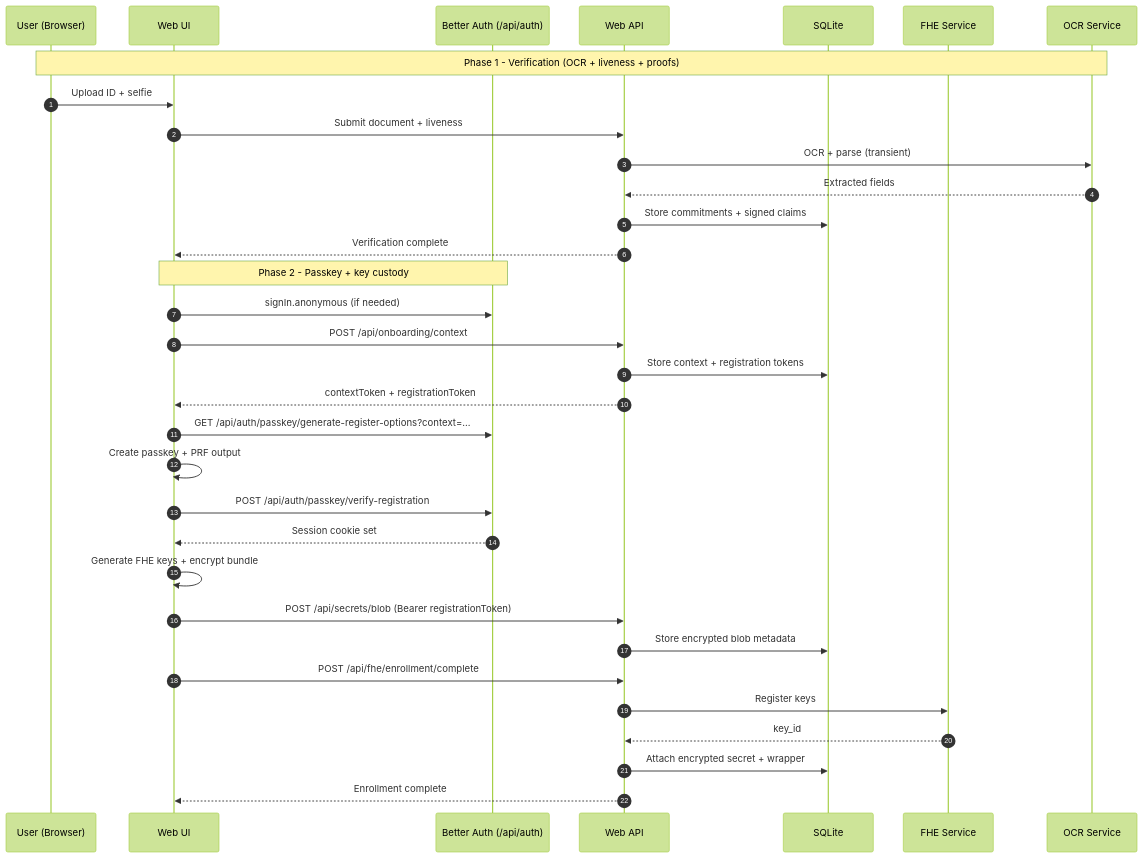
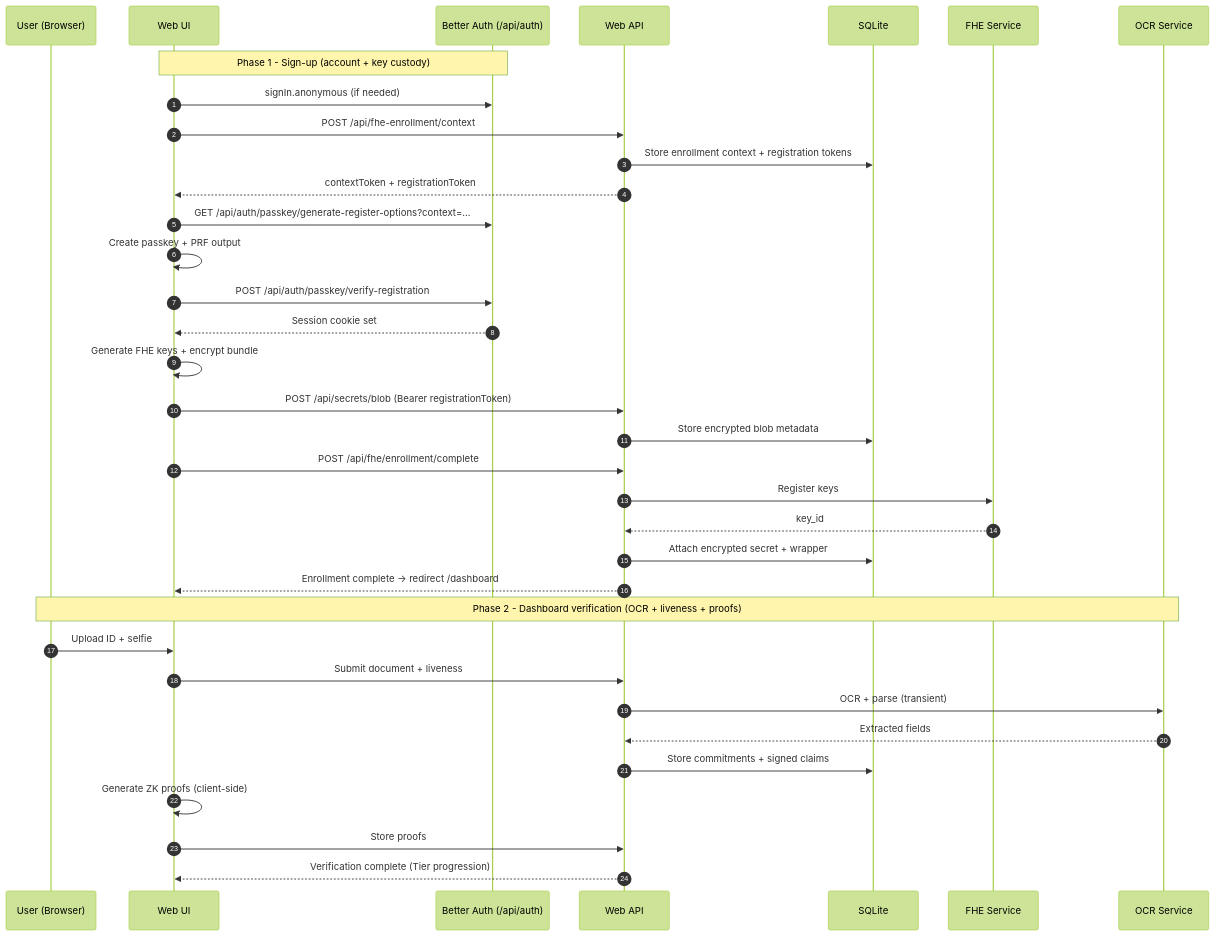
One commit to gustavovalverde/zentity changed the second of 3 diagrams in docs/architecture.md. Above: the diagram before and after it, drawn with Mermaid (forest theme). The commit also changed other lines of this file and 199 other files, not shown here.

First line of the commit message:
refactor(web): decouple sign-up from verification with progressive assurance levels

````diff
--- a/docs/architecture.md
+++ b/docs/architecture.md
@@ -139,40 +139,42 @@
 ```mermaid
 sequenceDiagram
   autonumber
   participant U as User (Browser)
   participant UI as Web UI
   participant AUTH as Better Auth (/api/auth)
   participant API as Web API
   participant DB as SQLite
   participant FHE as FHE Service
   participant OCR as OCR Service
 
-  Note over U,OCR: Phase 1 - Verification (OCR + liveness + proofs)
-  U->>UI: Upload ID + selfie
-  UI->>API: Submit document + liveness
-  API->>OCR: OCR + parse (transient)
-  OCR-->>API: Extracted fields
-  API->>DB: Store commitments + signed claims
-  API-->>UI: Verification complete
-
-  Note over UI,AUTH: Phase 2 - Passkey + key custody
+  Note over UI,AUTH: Phase 1 - Sign-up (account + key custody)
   UI->>AUTH: signIn.anonymous (if needed)
-  UI->>API: POST /api/onboarding/context
-  API->>DB: Store context + registration tokens
+  UI->>API: POST /api/fhe-enrollment/context
+  API->>DB: Store enrollment context + registration tokens
   API-->>UI: contextToken + registrationToken
 
   UI->>AUTH: GET /api/auth/passkey/generate-register-options?context=...
   UI->>UI: Create passkey + PRF output
   UI->>AUTH: POST /api/auth/passkey/verify-registration
   AUTH-->>UI: Session cookie set
 
   UI->>UI: Generate FHE keys + encrypt bundle
   UI->>API: POST /api/secrets/blob (Bearer registrationToken)
   API->>DB: Store encrypted blob metadata
 
   UI->>API: POST /api/fhe/enrollment/complete
   API->>FHE: Register keys
   FHE-->>API: key_id
   API->>DB: Attach encrypted secret + wrapper
-  API-->>UI: Enrollment complete
+  API-->>UI: Enrollment complete → redirect /dashboard
+
+  Note over U,OCR: Phase 2 - Dashboard verification (OCR + liveness + proofs)
+  U->>UI: Upload ID + selfie
+  UI->>API: Submit document + liveness
+  API->>OCR: OCR + parse (transient)
+  OCR-->>API: Extracted fields
+  API->>DB: Store commitments + signed claims
+  UI->>UI: Generate ZK proofs (client-side)
+  UI->>API: Store proofs
+  API-->>UI: Verification complete (Tier progression)
 ```
````
